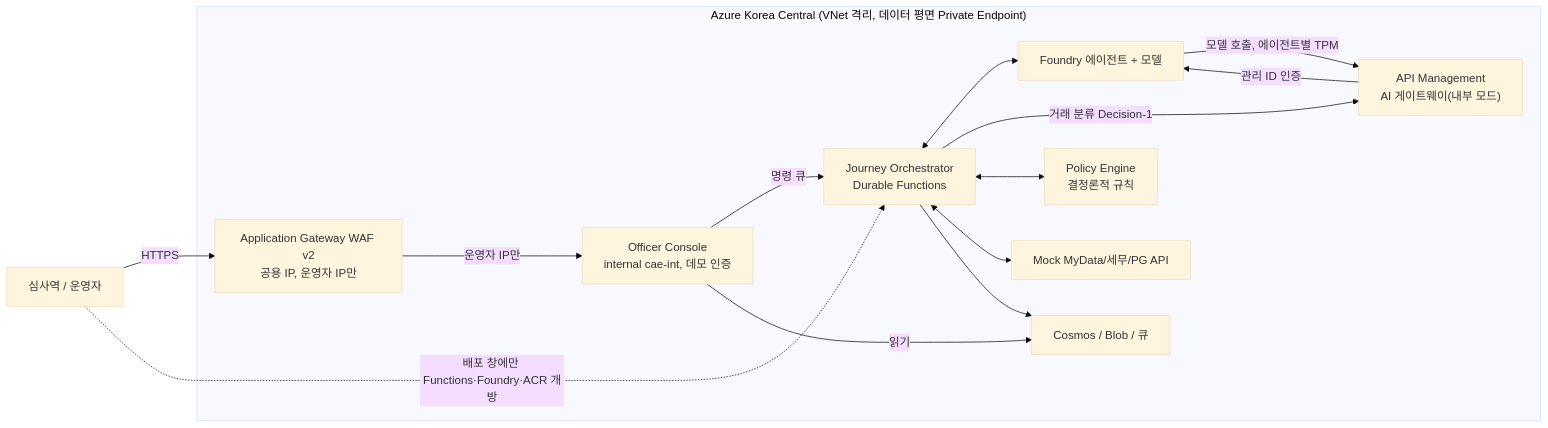
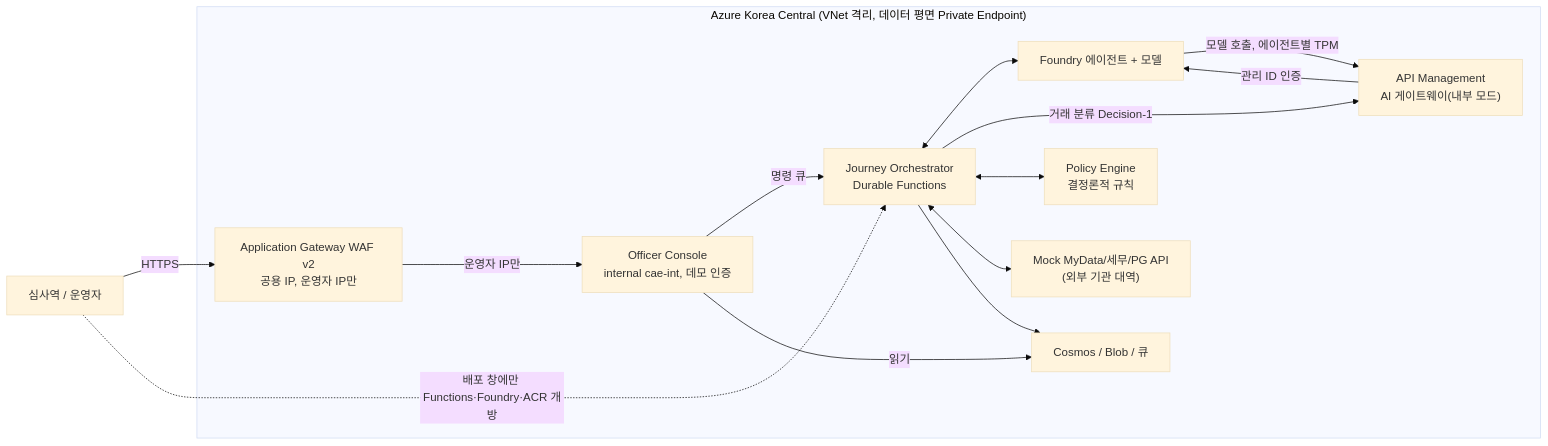
One commit to freeman9844/ms-ama-04 changed the diagram in README.md. Above: the diagram before and after it, drawn with Mermaid (base theme). The commit also changed 1 other file, not shown here.

Commit message:
docs(architecture): show Mock API as external data provider stand-in
Mark the Mock API boundary in the context/container diagrams and README,
expand its component row, and add a section mapping each endpoint to the
real provider plus the two consent ledgers (Cosmos vs in-memory mock).
Also quote the operator edge label so the context diagram renders.

Copilot-Session: 05f1ca1b-6073-417d-bfb1-6b546f82cb58

````diff
--- a/README.md
+++ b/README.md
@@ -7,26 +7,26 @@
 ```mermaid
 flowchart LR
   officer["심사역 / 운영자"]
   subgraph azure["Azure Korea Central (VNet 격리, 데이터 평면 Private Endpoint)"]
     gw["Application Gateway WAF v2<br/>공용 IP, 운영자 IP만"]
     console["Officer Console<br/>internal cae-int, 데모 인증"]
     orch["Journey Orchestrator<br/>Durable Functions"]
     foundry["Foundry 에이전트 + 모델"]
     apim["API Management<br/>AI 게이트웨이(내부 모드)"]
     policy["Policy Engine<br/>결정론적 규칙"]
-    mock["Mock MyData/세무/PG API"]
+    mock["Mock MyData/세무/PG API<br/>(외부 기관 대역)"]
     data["Cosmos / Blob / 큐"]
   end
   officer -->|HTTPS| gw
   gw -->|운영자 IP만| console
   console -->|명령 큐| orch
   console -->|읽기| data
   orch <--> foundry
   foundry -->|모델 호출, 에이전트별 TPM| apim
   orch -->|거래 분류 Decision-1| apim
   apim -->|관리 ID 인증| foundry
   orch <--> policy
   orch <--> mock
   orch --> data
   officer -.->|배포 창에만 Functions·Foundry·ACR 개방| orch
 ```
````
